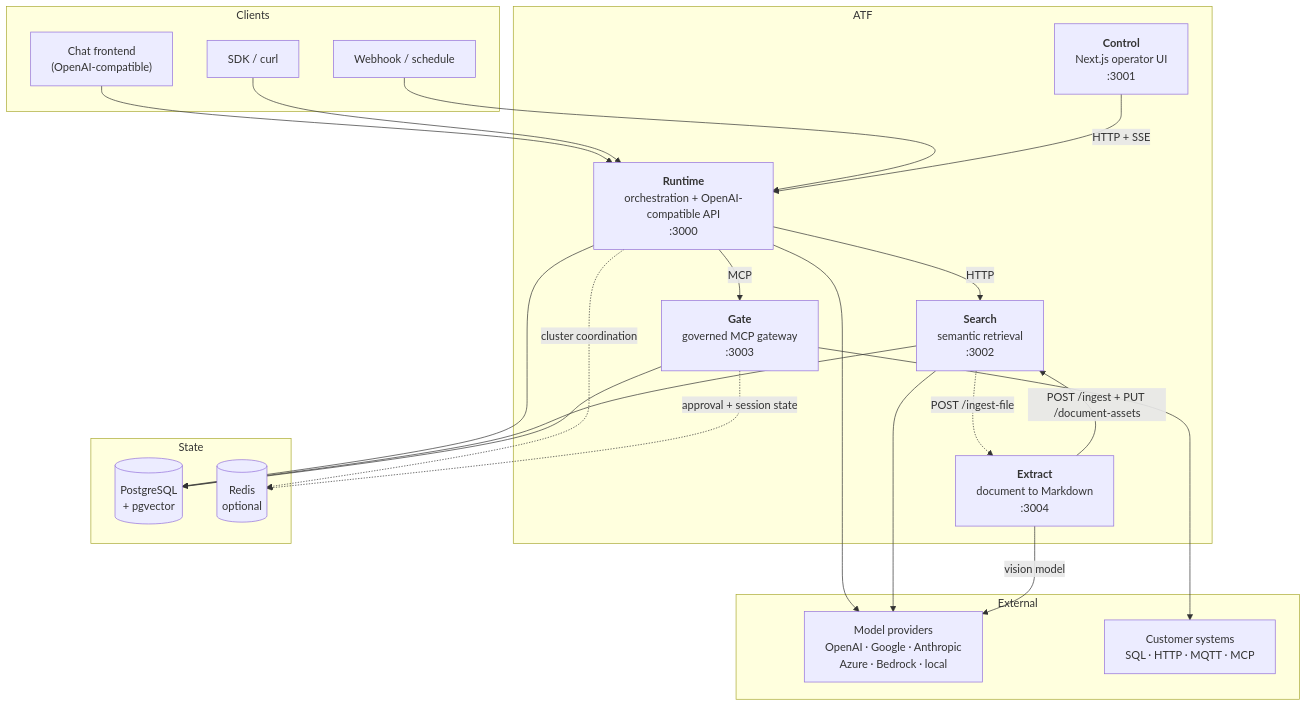
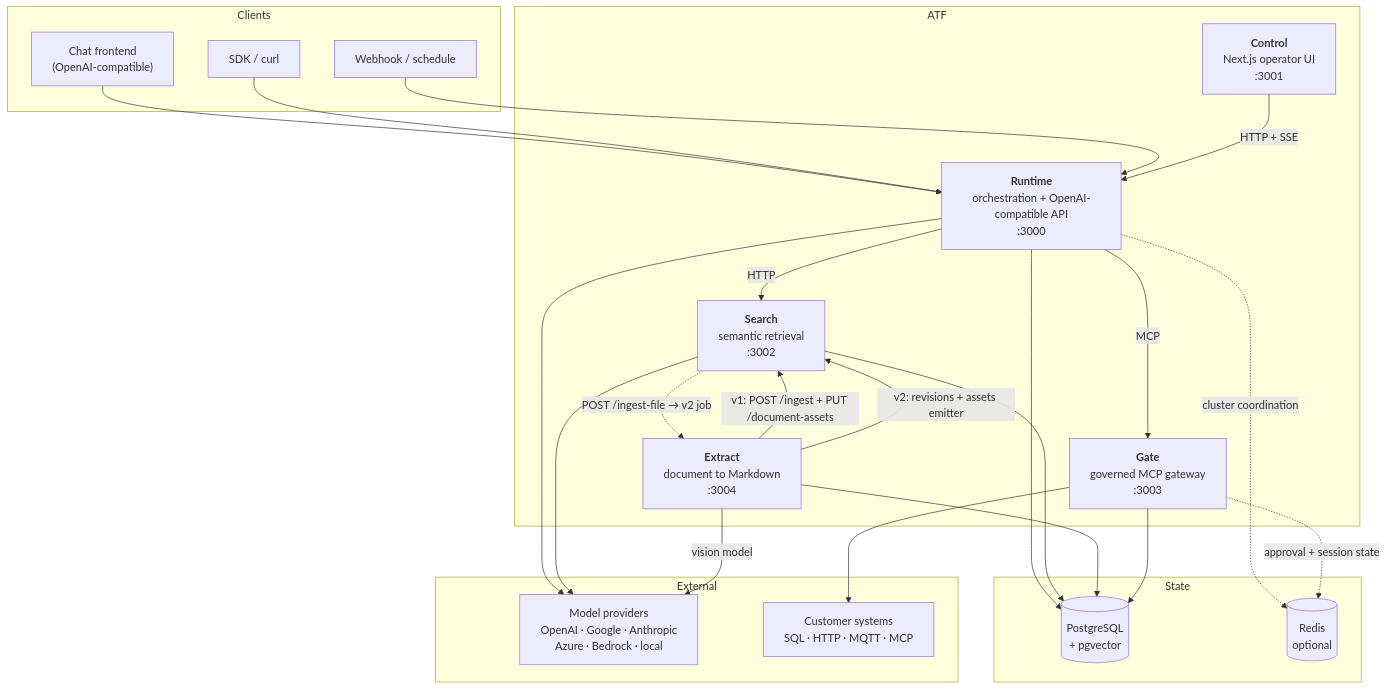
One commit to Abillify/atf changed the first of 3 diagrams in ARCHITECTURE.md. Above: the diagram before and after it, drawn with Mermaid. The commit also changed other lines of this file and 11 other files, not shown here.

Commit message:
docs: document Document Intelligence v2 architecture, deployment, security and migration

````diff
--- a/ARCHITECTURE.md
+++ b/ARCHITECTURE.md
@@ -10,48 +10,50 @@
 ```mermaid
 flowchart TB
     subgraph clients["Clients"]
         chat["Chat frontend<br/>(OpenAI-compatible)"]
         sdk["SDK / curl"]
         hook["Webhook / schedule"]
     end
 
     subgraph atf["ATF"]
         control["<b>Control</b><br/>Next.js operator UI<br/>:3001"]
         runtime["<b>Runtime</b><br/>orchestration + OpenAI-compatible API<br/>:3000"]
         search["<b>Search</b><br/>semantic retrieval<br/>:3002"]
         gate["<b>Gate</b><br/>governed MCP gateway<br/>:3003"]
         extract["<b>Extract</b><br/>document to Markdown<br/>:3004"]
     end
 
     subgraph state["State"]
         pg[("PostgreSQL<br/>+ pgvector")]
         redis[("Redis<br/>optional")]
     end
 
     subgraph external["External"]
         models["Model providers<br/>OpenAI · Google · Anthropic<br/>Azure · Bedrock · local"]
         systems["Customer systems<br/>SQL · HTTP · MQTT · MCP"]
     end
 
     chat --> runtime
     sdk --> runtime
     hook --> runtime
     control -->|HTTP + SSE| runtime
 
     runtime -->|HTTP| search
     runtime -->|MCP| gate
     runtime --> models
     runtime --> pg
     runtime -.->|cluster coordination| redis
 
     search --> pg
     search --> models
-    search -.->|POST /ingest-file| extract
+    search -.->|POST /ingest-file → v2 job| extract
 
-    extract -->|POST /ingest + PUT /document-assets| search
+    extract -->|v1: POST /ingest + PUT /document-assets| search
+    extract -->|v2: revisions + assets emitter| search
     extract -->|vision model| models
+    extract --> pg
 
     gate --> systems
     gate -.->|approval + session state| redis
     gate --> pg
 ```
````
